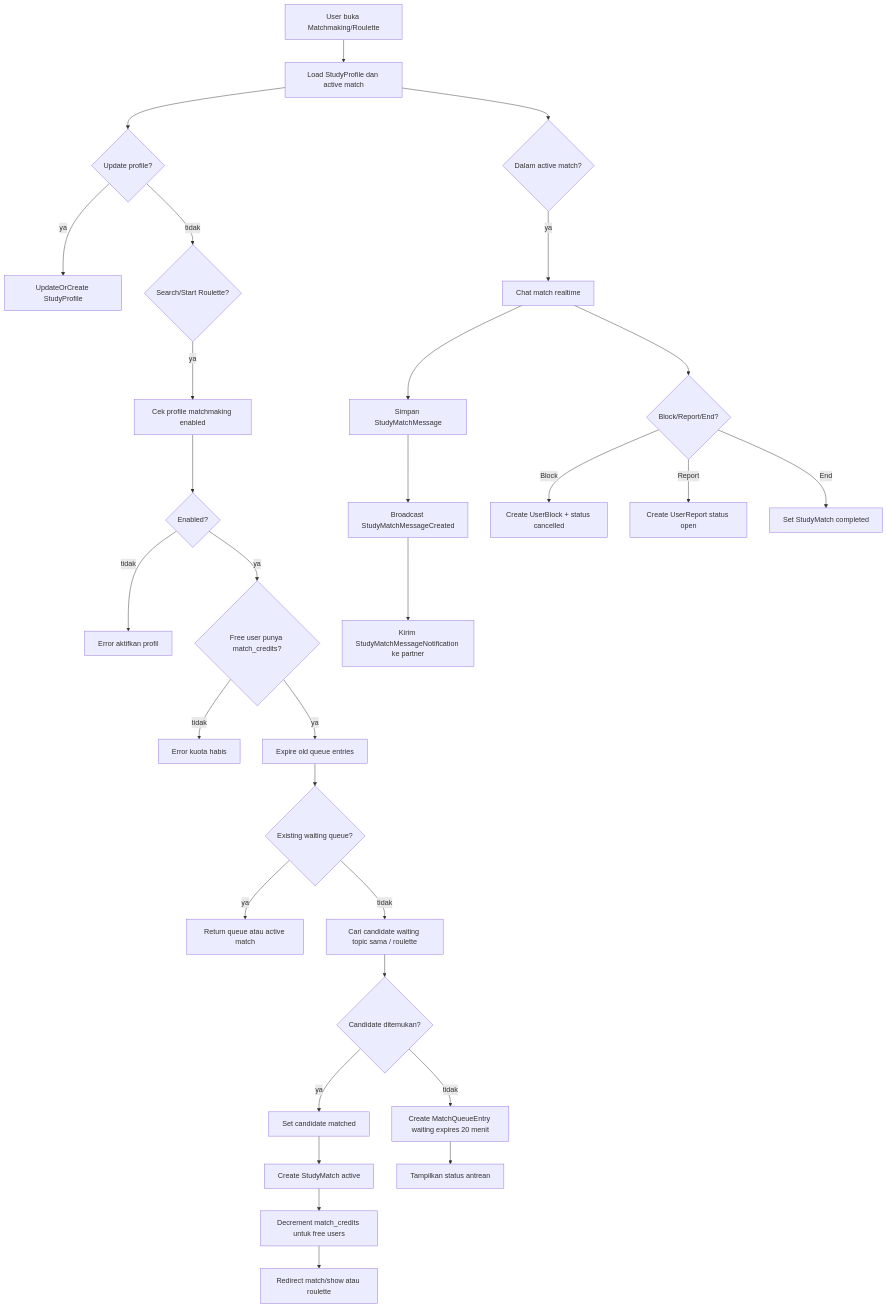
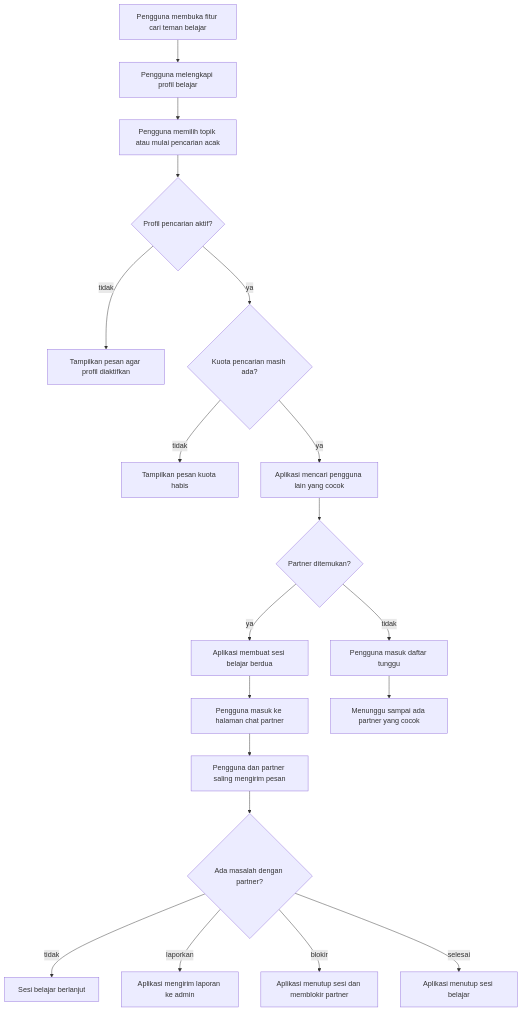
One commit to M-Aqilaz/Pelajarin.ai changed the seventh of 10 diagrams in DIAGRAM_REPOSITORY.md. Above: the diagram before and after it, drawn with Mermaid. The commit also changed other lines of this file, not shown here.

````diff
--- a/DIAGRAM_REPOSITORY.md
+++ b/DIAGRAM_REPOSITORY.md
@@ -355,32 +291,21 @@
 ```mermaid
 flowchart TD
-    A[User buka Matchmaking/Roulette] --> B[Load StudyProfile dan active match]
-    B --> C{Update profile?}
-    C -- ya --> D[UpdateOrCreate StudyProfile]
-    C -- tidak --> E{Search/Start Roulette?}
-    E -- ya --> F[Cek profile matchmaking enabled]
-    F --> G{Enabled?}
-    G -- tidak --> H[Error aktifkan profil]
-    G -- ya --> I{Free user punya match_credits?}
-    I -- tidak --> J[Error kuota habis]
-    I -- ya --> K[Expire old queue entries]
-    K --> L{Existing waiting queue?}
-    L -- ya --> M[Return queue atau active match]
-    L -- tidak --> N[Cari candidate waiting topic sama / roulette]
-    N --> O{Candidate ditemukan?}
-    O -- ya --> P[Set candidate matched]
-    P --> Q[Create StudyMatch active]
-    Q --> R[Decrement match_credits untuk free users]
-    R --> S[Redirect match/show atau roulette]
-    O -- tidak --> T[Create MatchQueueEntry waiting expires 20 menit]
-    T --> U[Tampilkan status antrean]
-    B --> V{Dalam active match?}
-    V -- ya --> W[Chat match realtime]
-    W --> X[Simpan StudyMatchMessage]
-    X --> Y[Broadcast StudyMatchMessageCreated]
-    Y --> Z[Kirim StudyMatchMessageNotification ke partner]
-    W --> AA{Block/Report/End?}
-    AA -- Block --> AB[Create UserBlock + status cancelled]
-    AA -- Report --> AC[Create UserReport status open]
-    AA -- End --> AD[Set StudyMatch completed]
+    A[Pengguna membuka fitur cari teman belajar] --> B[Pengguna melengkapi profil belajar]
+    B --> C[Pengguna memilih topik atau mulai pencarian acak]
+    C --> D{Profil pencarian aktif?}
+    D -- tidak --> E[Tampilkan pesan agar profil diaktifkan]
+    D -- ya --> F{Kuota pencarian masih ada?}
+    F -- tidak --> G[Tampilkan pesan kuota habis]
+    F -- ya --> H[Aplikasi mencari pengguna lain yang cocok]
+    H --> I{Partner ditemukan?}
+    I -- ya --> J[Aplikasi membuat sesi belajar berdua]
+    J --> K[Pengguna masuk ke halaman chat partner]
+    I -- tidak --> L[Pengguna masuk daftar tunggu]
+    L --> M[Menunggu sampai ada partner yang cocok]
+    K --> N[Pengguna dan partner saling mengirim pesan]
+    N --> O{Ada masalah dengan partner?}
+    O -- tidak --> P[Sesi belajar berlanjut]
+    O -- laporkan --> Q[Aplikasi mengirim laporan ke admin]
+    O -- blokir --> R[Aplikasi menutup sesi dan memblokir partner]
+    O -- selesai --> S[Aplikasi menutup sesi belajar]
 ```
````
